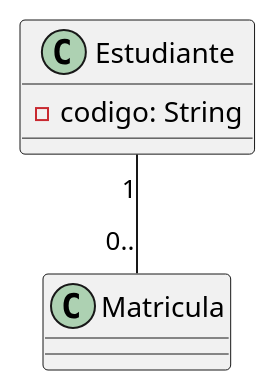
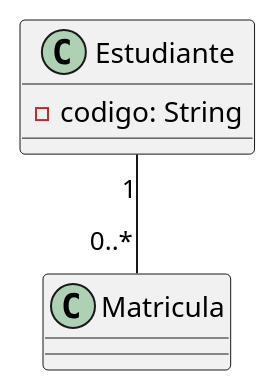
One commit to PaoloTrujillo-7502610016/POO-U4-protocolo-colaborativo-7502610016-7502610019 changed the diagram in src/ejemplo_completo_2/codigo_UML/Estudiante.puml. Above: the diagram before and after it, drawn with PlantUML. The commit also changed 2 other files, not shown here.

```diff
--- a/src/ejemplo_completo_2/codigo_UML/Estudiante.puml
+++ b/src/ejemplo_completo_2/codigo_UML/Estudiante.puml
@@ -1,9 +1,9 @@
 @startuml
     class Estudiante{
         -codigo: String
 
     }
 
-    Estudiante "1" -- "0.." Matricula
+    Estudiante "1" -- "0..*" Matricula
 
 @enduml
```
